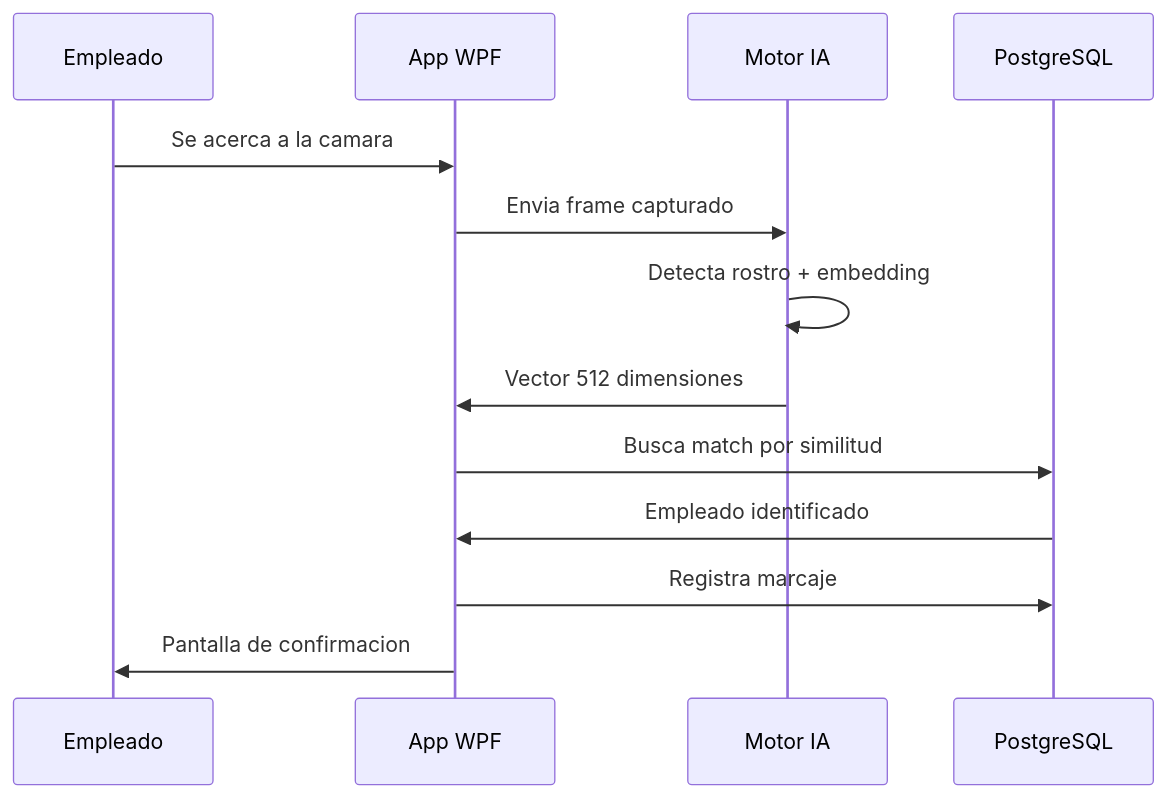
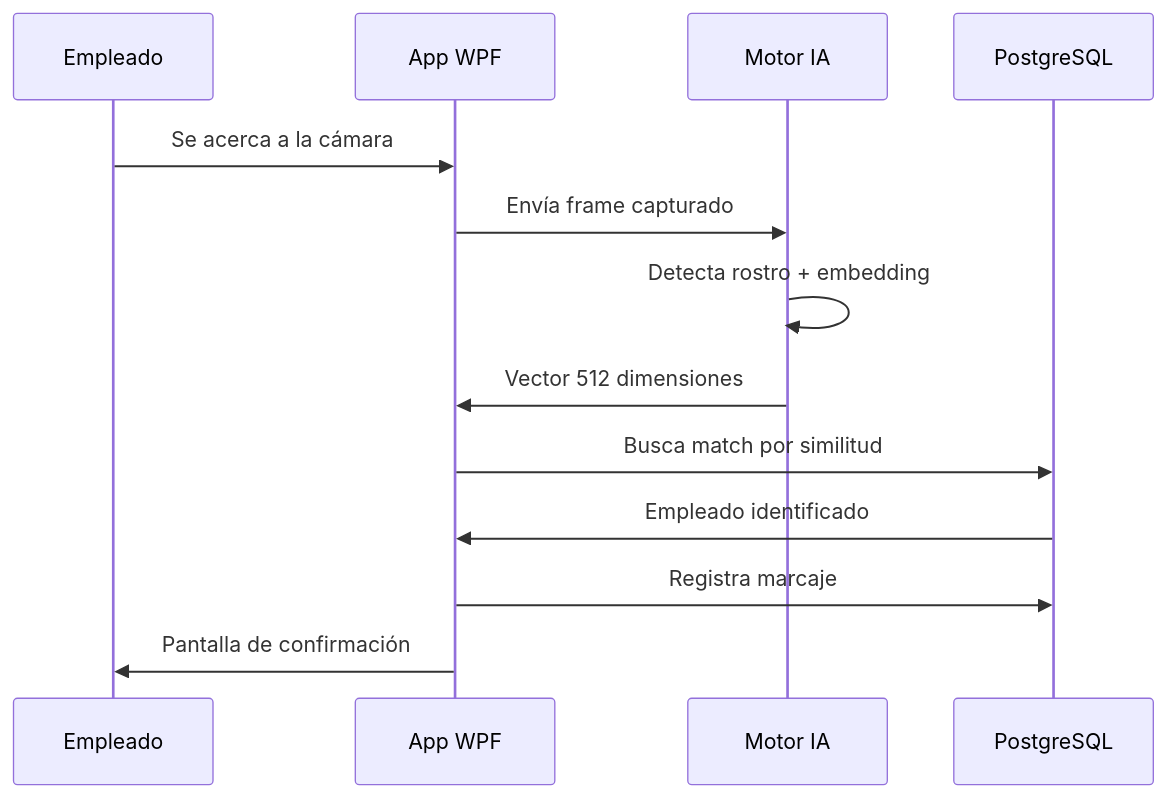
One commit to ramarstudio/RAMar_Repo changed the first of 2 diagrams in docs/producto/como-funciona.md. Above: the diagram before and after it, drawn with Mermaid. The commit also changed other lines of this file and 14 other files, not shown here.

````diff
--- a/docs/producto/como-funciona.md
+++ b/docs/producto/como-funciona.md
@@ -5,16 +5,16 @@
 ```mermaid
 sequenceDiagram
     participant E as Empleado
     participant W as App WPF
     participant P as Motor IA
     participant D as PostgreSQL
 
-    E->>W: Se acerca a la camara
-    W->>P: Envia frame capturado
+    E->>W: Se acerca a la cámara
+    W->>P: Envía frame capturado
     P->>P: Detecta rostro + embedding
     P->>W: Vector 512 dimensiones
     W->>D: Busca match por similitud
     D->>W: Empleado identificado
     W->>D: Registra marcaje
-    W->>E: Pantalla de confirmacion
+    W->>E: Pantalla de confirmación
 ```
````
